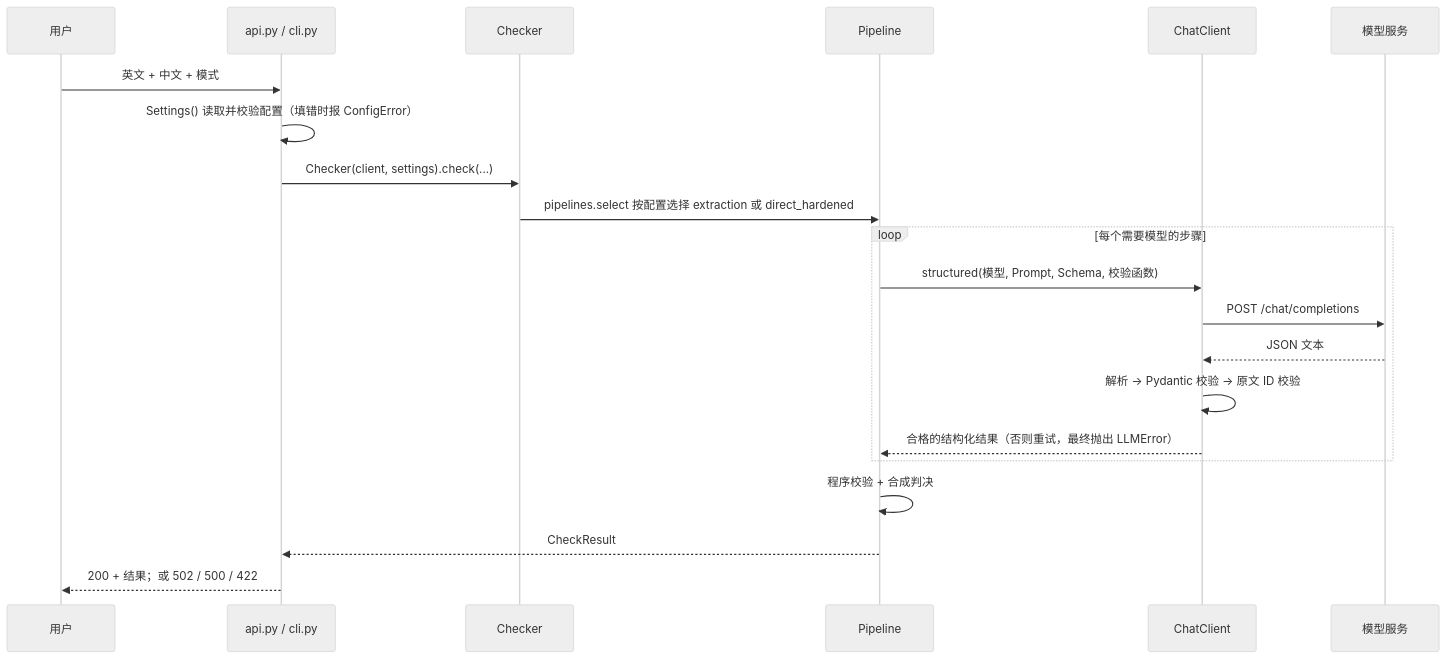
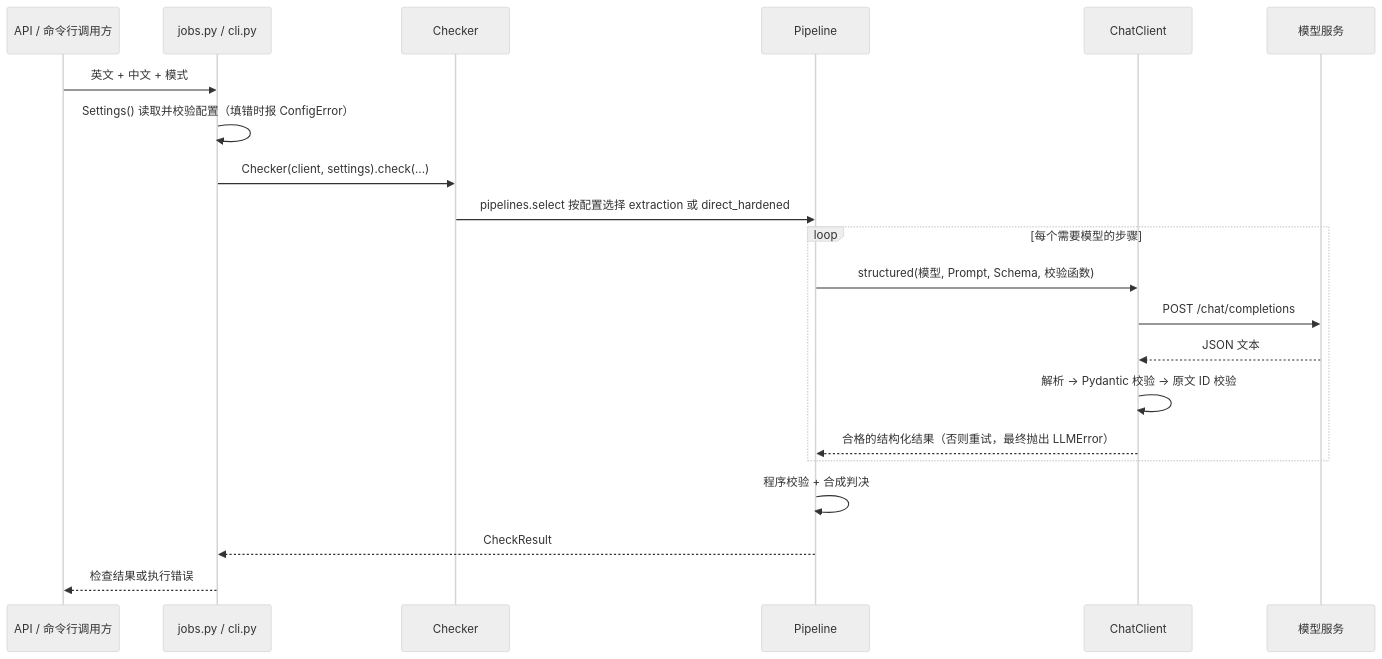
One commit to beijingrice/semantic-harness changed the second of 5 diagrams in docs/architecture.md. Above: the diagram before and after it, drawn with Mermaid (neutral theme). The commit also changed other lines of this file and 12 other files, not shown here.

First line of the commit message:
Web/API: background check jobs with a concurrency limit

````diff
--- a/docs/architecture.md
+++ b/docs/architecture.md
@@ -216,24 +224,24 @@
 ```mermaid
 sequenceDiagram
-    participant U as 用户
-    participant A as api.py / cli.py
+    participant U as API / 命令行调用方
+    participant A as jobs.py / cli.py
     participant C as Checker
     participant P as Pipeline
     participant L as ChatClient
     participant M as 模型服务
 
     U->>A: 英文 + 中文 + 模式
     A->>A: Settings() 读取并校验配置（填错时报 ConfigError）
     A->>C: Checker(client, settings).check(...)
     C->>P: pipelines.select 按配置选择 extraction 或 direct_hardened
     loop 每个需要模型的步骤
         P->>L: structured(模型, Prompt, Schema, 校验函数)
         L->>M: POST /chat/completions
         M-->>L: JSON 文本
         L->>L: 解析 → Pydantic 校验 → 原文 ID 校验
         L-->>P: 合格的结构化结果（否则重试，最终抛出 LLMError）
     end
     P->>P: 程序校验 + 合成判决
     P-->>A: CheckResult
-    A-->>U: 200 + 结果；或 502 / 500 / 422
+    A-->>U: 检查结果或执行错误
 ```
````
